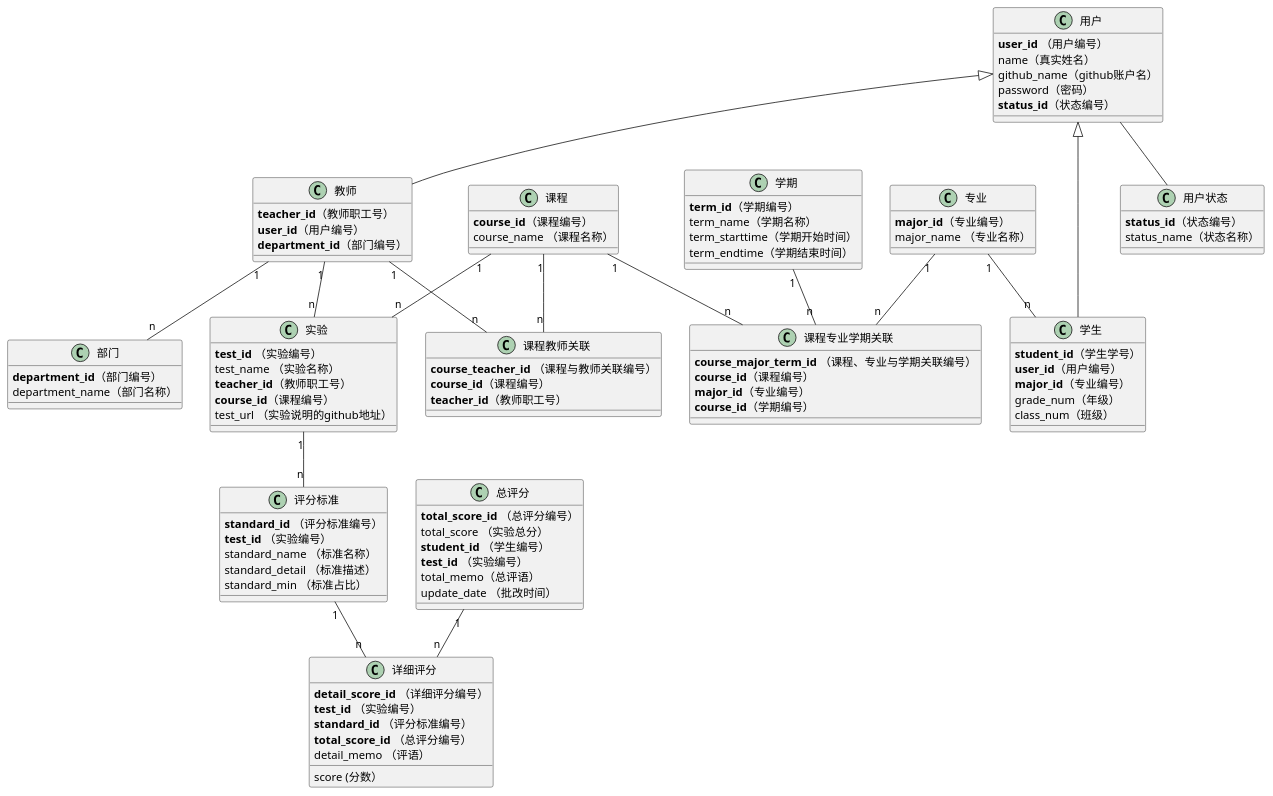
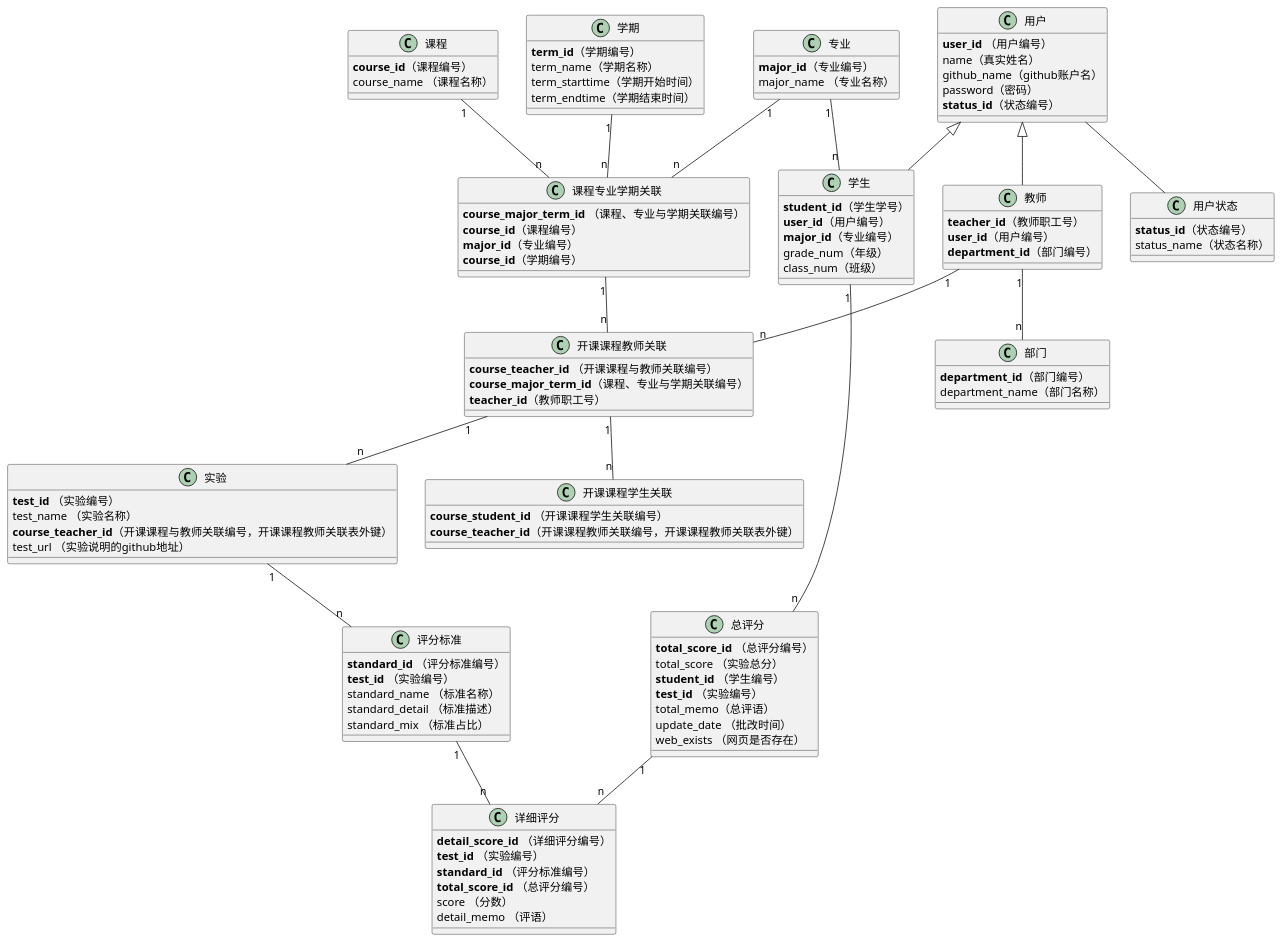
One commit to 915936476/is_analysis-3 changed the diagram in test6/源码/类图.puml. Above: the diagram before and after it, drawn with PlantUML. The commit also changed 80 other files, not shown here.

```diff
--- a/test6/源码/类图.puml
+++ b/test6/源码/类图.puml
@@ -1,100 +1,105 @@
 @startuml
 用户 <|-- 教师
 用户 <|-- 学生
 用户 -- 用户状态
 专业 "1"--"n" 学生
 教师 "1"--"n" 部门
-教师 "1"--"n" 课程教师关联
-课程 "1"--"n" 课程教师关联
+教师 "1"--"n" 开课课程教师关联
+课程专业学期关联 "1"--"n" 开课课程教师关联
 课程 "1"--"n" 课程专业学期关联
 专业 "1"--"n" 课程专业学期关联
 学期 "1"--"n" 课程专业学期关联
-教师 "1"--"n" 实验
-课程 "1"--"n" 实验
+开课课程教师关联 "1"--"n" 实验
+开课课程教师关联 "1"--"n" 开课课程学生关联
 实验 "1"--"n" 评分标准
 总评分 "1"--"n" 详细评分
 评分标准 "1"--"n" 详细评分
+学生 "1"--"n" 总评分
 class 用户{
 <b>user_id</b> （用户编号）
 name（真实姓名）
 github_name（github账户名）
 password（密码）
 <b>status_id</b>（状态编号）
 }
 class 用户状态{
 <b>status_id</b>（状态编号）
 status_name（状态名称）
 }
 class 教师{
 <b>teacher_id</b>（教师职工号）
 <b>user_id</b>（用户编号）
 <b>department_id</b>（部门编号）
 }
 class 部门{
 <b>department_id</b>（部门编号）
 department_name（部门名称）
 }
 class 学生{
 <b>student_id</b>（学生学号）
 <b>user_id</b>（用户编号）
 <b>major_id</b>（专业编号）
 grade_num（年级）
 class_num（班级）
 }
 class 专业{
 <b>major_id</b>（专业编号）
 major_name （专业名称）
 }
 class 课程{
 <b>course_id</b>（课程编号）
 course_name （课程名称）
 }
 
 class 学期{
 <b>term_id</b>（学期编号）
 term_name（学期名称）
 term_starttime（学期开始时间）
 term_endtime（学期结束时间）
 }
-class 课程教师关联{
-<b>course_teacher_id</b> （课程与教师关联编号）
-<b>course_id</b>（课程编号）
+class 开课课程教师关联{
+<b>course_teacher_id</b> （开课课程与教师关联编号）
+<b>course_major_term_id</b>（课程、专业与学期关联编号）
 <b>teacher_id</b>（教师职工号）
 }
 class 课程专业学期关联{
 <b>course_major_term_id</b> （课程、专业与学期关联编号）
 <b>course_id</b>（课程编号）
 <b>major_id</b>（专业编号）
 <b>course_id</b>（学期编号）
 }
+class 开课课程学生关联{
+<b>course_student_id</b> （开课课程学生关联编号）
+<b>course_teacher_id</b>（开课课程教师关联编号，开课课程教师关联表外键）
+}
 class 实验{
 <b>test_id</b> （实验编号）
 test_name （实验名称）
-<b>teacher_id</b>（教师职工号）
-<b>course_id</b>（课程编号）
+<b>course_teacher_id</b>（开课课程与教师关联编号，开课课程教师关联表外键）
 test_url （实验说明的github地址）
 }
 class 评分标准{
 <b>standard_id</b> （评分标准编号）
 <b>test_id</b> （实验编号）
 standard_name （标准名称）
 standard_detail （标准描述）
-standard_min （标准占比）
+standard_mix （标准占比）
 }
 class 详细评分{
 <b>detail_score_id</b> （详细评分编号）
 <b>test_id</b> （实验编号）
 <b>standard_id</b> （评分标准编号）
 <b>total_score_id</b> （总评分编号）
-score (分数）
+score （分数）
 detail_memo （评语）
 }
 class 总评分{
 <b>total_score_id</b> （总评分编号）
 total_score （实验总分）
 <b>student_id</b> （学生编号）
 <b>test_id</b> （实验编号）
 total_memo（总评语）
 update_date （批改时间）
+web_exists （网页是否存在）
 }
 @enduml
```
